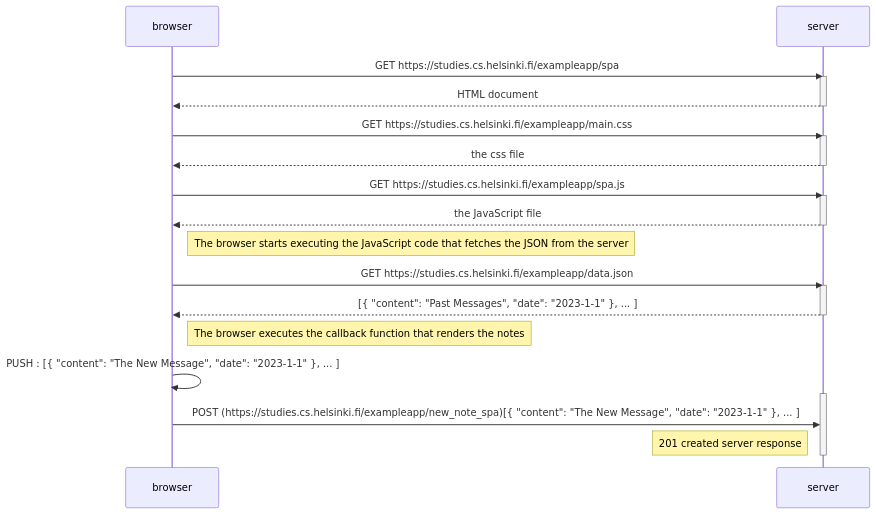
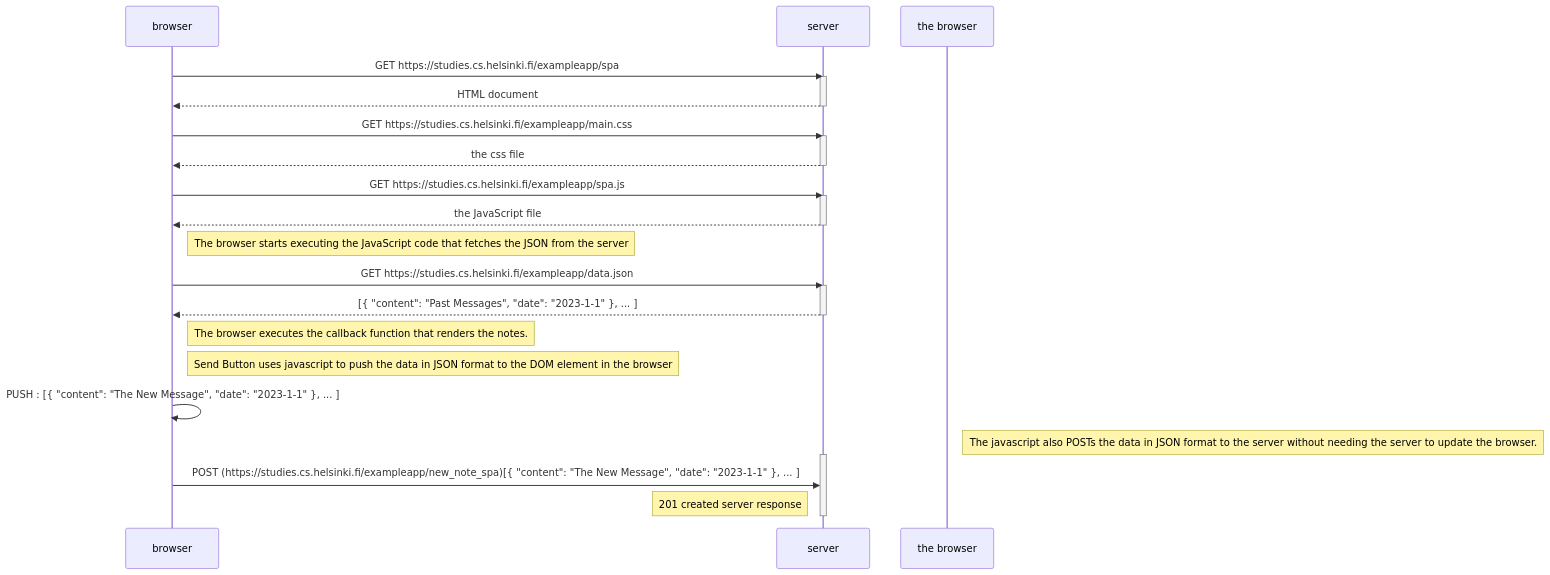
The diagram in 0.6 New Note in SPA.md (RobbThompson/FullStackOpen), drawn with Mermaid before and after one commit.

Commit message:
Update 0.6 New Note in SPA.md

````diff
--- a/0.6 New Note in SPA.md
+++ b/0.6 New Note in SPA.md
@@ -1,35 +1,37 @@
 ```mermaid
 sequenceDiagram
     participant browser
     participant server
 
     browser->>server: GET https://studies.cs.helsinki.fi/exampleapp/spa
     activate server
     server-->>browser: HTML document
     deactivate server
 
     browser->>server: GET https://studies.cs.helsinki.fi/exampleapp/main.css
     activate server
     server-->>browser: the css file
     deactivate server
 
     browser->>server: GET https://studies.cs.helsinki.fi/exampleapp/spa.js
     activate server
     server-->>browser: the JavaScript file
     deactivate server
 
     Note right of browser: The browser starts executing the JavaScript code that fetches the JSON from the server
 
     browser->>server: GET https://studies.cs.helsinki.fi/exampleapp/data.json
     activate server
     server-->>browser: [{ "content": "Past Messages", "date": "2023-1-1" }, ... ]
     deactivate server
 
-Note right of browser: The browser executes the callback function that renders the notes
+Note right of browser: The browser executes the callback function that renders the notes.
 
+Note right of browser: Send Button uses javascript to push the data in  JSON format to the DOM element in the browser
     browser->>browser: PUSH : [{ "content": "The New Message", "date": "2023-1-1" }, ... ]
+Note right of the browser: The javascript also POSTs the data in JSON format to the server without needing the server to update the browser.
     activate server
     browser->>server: POST (https://studies.cs.helsinki.fi/exampleapp/new_note_spa)[{ "content": "The New Message", "date": "2023-1-1" }, ... ]
     Note left of server: 201 created server response
     deactivate server
 ```
````
